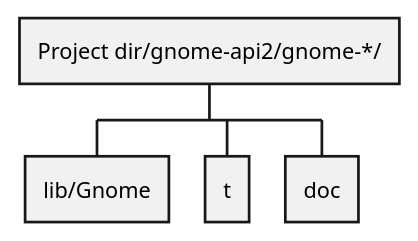
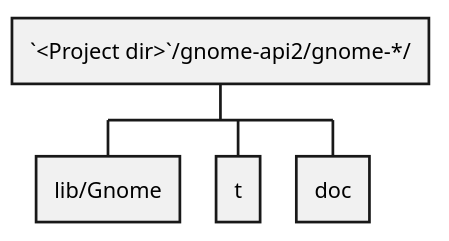
One commit to MARTIMM/gnome-source-skim-tool changed the third of 3 diagrams in doc/gir.md. Above: the diagram before and after it, drawn with PlantUML. The commit also changed 31 other files, not shown here.

````diff
--- a/doc/gir.md
+++ b/doc/gir.md
@@ -41,8 +41,8 @@
 ```plantuml
 @startwbs
-* Project dir/gnome-api2/gnome-*/
+* `<Project dir>`/gnome-api2/gnome-*/
 ** lib/Gnome
 ** t
 ** doc
 @endwbs
 ```
````
